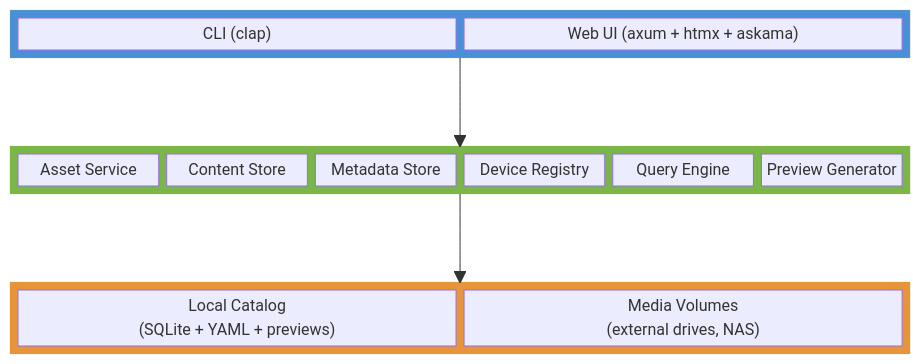
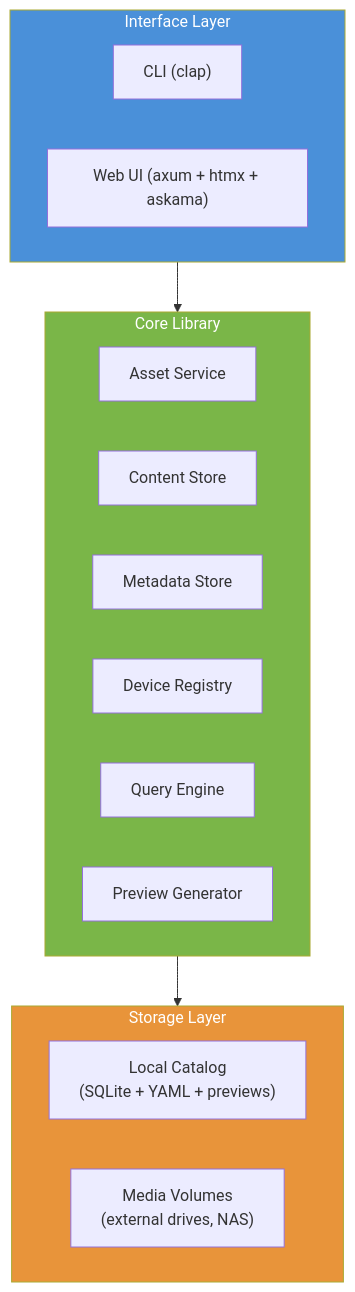
The third of 4 diagrams in doc/manual/user-guide/01-overview.md (thoherr/simple-digital-asset-manager), drawn with Mermaid before and after one commit. The commit also changed 1 other file, not shown here.

Commit message:
Fix architecture diagram and storage layer list formatting in PDF
- Replace block-beta diagram with flowchart TD subgraphs — block-beta
  stretched first/third rows to 100% width in the PNG renderer
- Add blank line before Local Catalog bullet list so pandoc renders
  it as a proper list instead of flowing paragraph

````diff
--- a/doc/manual/user-guide/01-overview.md
+++ b/doc/manual/user-guide/01-overview.md
@@ -152,34 +152,27 @@
 ```mermaid
-block-beta
-    columns 3
-
-    block:interface:3
+flowchart TD
+    subgraph Interface["Interface Layer"]
         CLI["CLI (clap)"]
         WebUI["Web UI (axum + htmx + askama)"]
     end
 
-    space:3
-
-    block:core:3
+    subgraph Core["Core Library"]
         AS["Asset Service"]
         CS["Content Store"]
         MS["Metadata Store"]
         DR["Device Registry"]
         QE["Query Engine"]
         PG["Preview Generator"]
     end
 
-    space:3
-
-    block:storage:3
+    subgraph Storage["Storage Layer"]
         Catalog["Local Catalog<br/>(SQLite + YAML + previews)"]
         Volumes["Media Volumes<br/>(external drives, NAS)"]
     end
 
-    interface --> core
-    core --> storage
+    Interface --> Core --> Storage
 
-    style interface fill:#4a90d9,color:#fff
-    style core fill:#7ab648,color:#fff
-    style storage fill:#e8943a,color:#fff
+    style Interface fill:#4a90d9,color:#fff
+    style Core fill:#7ab648,color:#fff
+    style Storage fill:#e8943a,color:#fff
 ```
````
